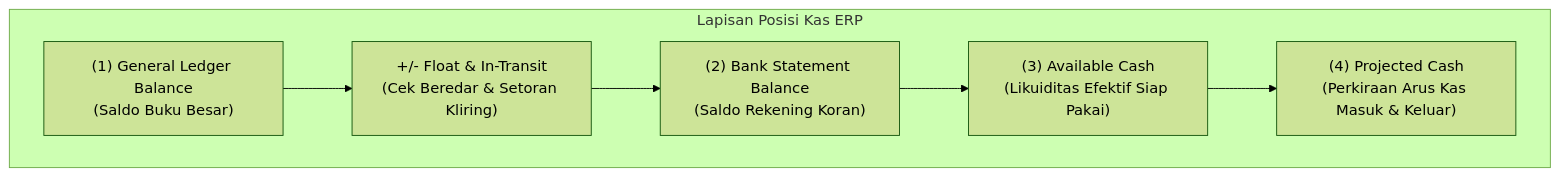
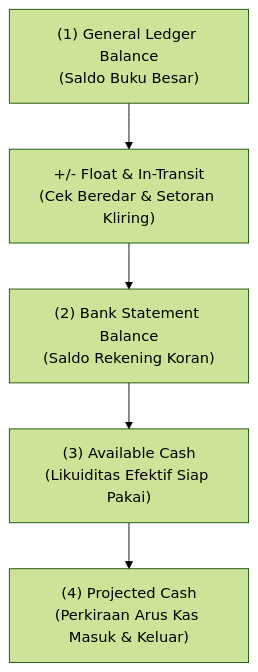
Before and after one commit to alimurrofid/erp-notes: the first of 2 diagrams in content/07-finance/cash-management.md, drawn with Mermaid (forest theme). The commit also changed 58 other files, not shown here.

Commit message:
fix(content):Mermaid Subgraph

````diff
--- a/content/07-finance/cash-management.md
+++ b/content/07-finance/cash-management.md
@@ -17,11 +17,9 @@
 ```mermaid
 flowchart TD
-    subgraph CashLayers["Lapisan Posisi Kas ERP"]
         GL["(1) General Ledger Balance<br/>(Saldo Buku Besar)"]
         Float["+/- Float & In-Transit<br/>(Cek Beredar & Setoran Kliring)"]
         Bank["(2) Bank Statement Balance<br/>(Saldo Rekening Koran)"]
         Avail["(3) Available Cash<br/>(Likuiditas Efektif Siap Pakai)"]
         Proj["(4) Projected Cash<br/>(Perkiraan Arus Kas Masuk & Keluar)"]
-    end
     GL --> Float --> Bank --> Avail --> Proj
 ```
````
